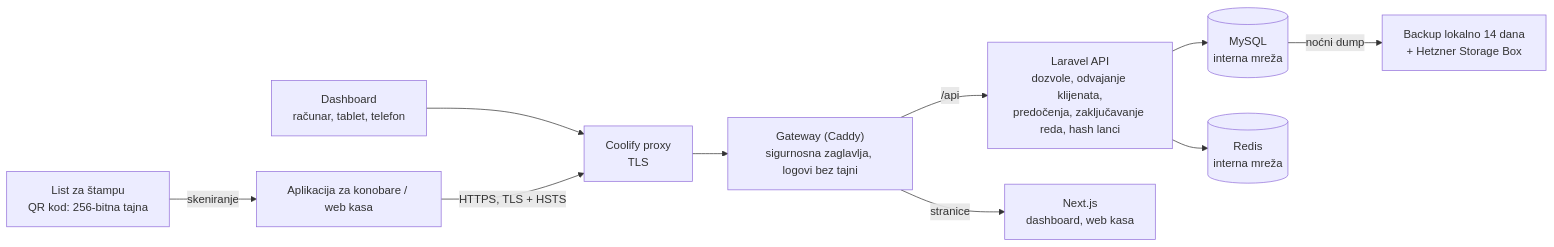
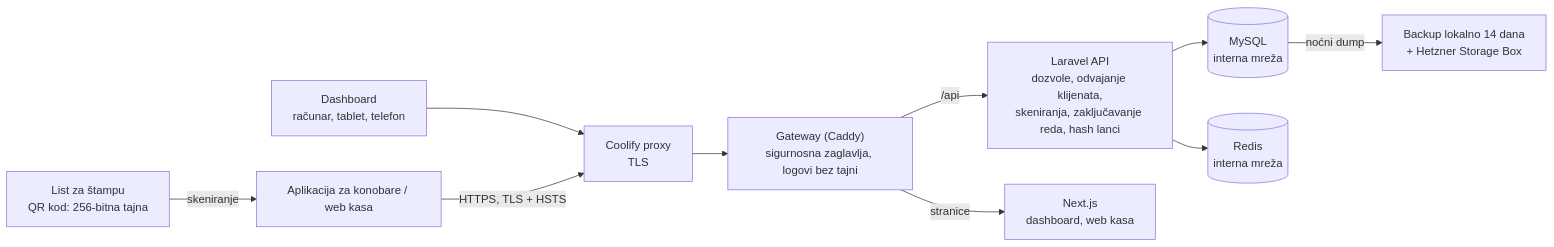
The diagram in docs/bhs/07-security/security-whitepaper.md (morganndesign/nfc-gutscheine), drawn with Mermaid before and after one commit. The commit also changed other lines of this file and 56 other files, not shown here.

````diff
--- a/docs/bhs/07-security/security-whitepaper.md
+++ b/docs/bhs/07-security/security-whitepaper.md
@@ -53,12 +53,12 @@
 ```mermaid
 flowchart LR
     QR["List za štampu<br/>QR kod: 256-bitna tajna"] -->|skeniranje| Handy["Aplikacija za konobare / web kasa"]
     PC["Dashboard<br/>računar, tablet, telefon"] --> Proxy
     Handy -->|HTTPS, TLS + HSTS| Proxy["Coolify proxy<br/>TLS"]
     Proxy --> GW["Gateway (Caddy)<br/>sigurnosna zaglavlja, logovi bez tajni"]
-    GW -->|/api| API["Laravel API<br/>dozvole, odvajanje klijenata,<br/>predočenja, zaključavanje reda, hash lanci"]
+    GW -->|/api| API["Laravel API<br/>dozvole, odvajanje klijenata,<br/>skeniranja, zaključavanje reda, hash lanci"]
     GW -->|stranice| Web["Next.js<br/>dashboard, web kasa"]
     API --> DB[("MySQL<br/>interna mreža")]
     API --> Redis[("Redis<br/>interna mreža")]
     DB -->|noćni dump| Backup["Backup lokalno 14 dana<br/>+ Hetzner Storage Box"]
 ```
````
